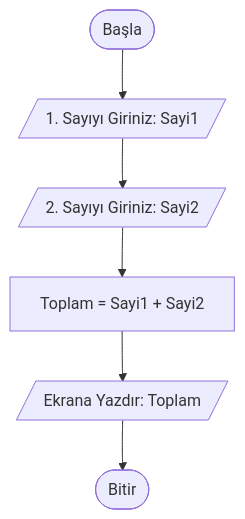
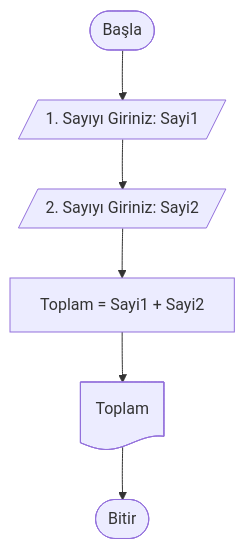
The first of 3 diagrams in Hafta_04_Akis_Diyagramlari_1.md (ibrahimayaz/Algoritma-ve-Programlamaya-Giris), drawn with Mermaid before and after one commit. The commit also changed other lines of this file and 3 other files, not shown here.

````diff
--- a/Hafta_04_Akis_Diyagramlari_1.md
+++ b/Hafta_04_Akis_Diyagramlari_1.md
@@ -45,8 +45,8 @@
 ```mermaid
 graph TD
     A([Başla]) --> B[/1. Sayıyı Giriniz: Sayi1/]
     B --> C[/2. Sayıyı Giriniz: Sayi2/]
     C --> D[Toplam = Sayi1 + Sayi2]
-    D --> E[/Ekrana Yazdır: Toplam/]
+    D --> E@{ shape: doc, label: "Toplam" }
     E --> F([Bitir])
 ```
````
